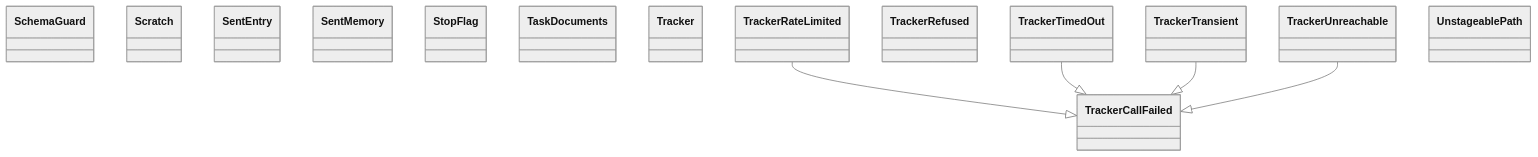
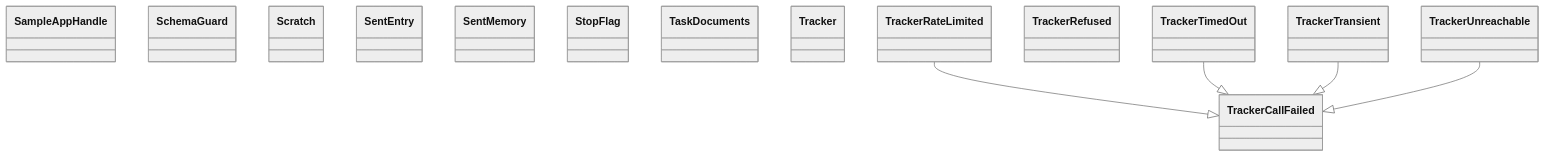
One commit to GonzaloZevallos/agentic-system changed the diagram in docs/architecture/generated/classes-process-application-support-5.md. Above: the diagram before and after it, drawn with Mermaid (neutral theme). The commit also changed other lines of this file and 10 other files, not shown here.

Commit message:
Regenerate the architecture docs for the check-run log

````diff
--- a/docs/architecture/generated/classes-process-application-support-5.md
+++ b/docs/architecture/generated/classes-process-application-support-5.md
@@ -16,21 +16,21 @@
 ```mermaid
 classDiagram
+    class ports__SampleAppHandle["SampleAppHandle"]
     class ports__SchemaGuard["SchemaGuard"]
     class ports__Scratch["Scratch"]
     class ports__SentEntry["SentEntry"]
     class ports__SentMemory["SentMemory"]
     class ports__StopFlag["StopFlag"]
     class ports__TaskDocuments["TaskDocuments"]
     class ports__Tracker["Tracker"]
     class ports__TrackerCallFailed["TrackerCallFailed"]
     class ports__TrackerRateLimited["TrackerRateLimited"]
     class ports__TrackerRefused["TrackerRefused"]
     class ports__TrackerTimedOut["TrackerTimedOut"]
     class ports__TrackerTransient["TrackerTransient"]
     class ports__TrackerUnreachable["TrackerUnreachable"]
-    class ports__UnstageablePath["UnstageablePath"]
     ports__TrackerRateLimited --|> ports__TrackerCallFailed
     ports__TrackerTimedOut --|> ports__TrackerCallFailed
     ports__TrackerTransient --|> ports__TrackerCallFailed
     ports__TrackerUnreachable --|> ports__TrackerCallFailed
 ```
````
